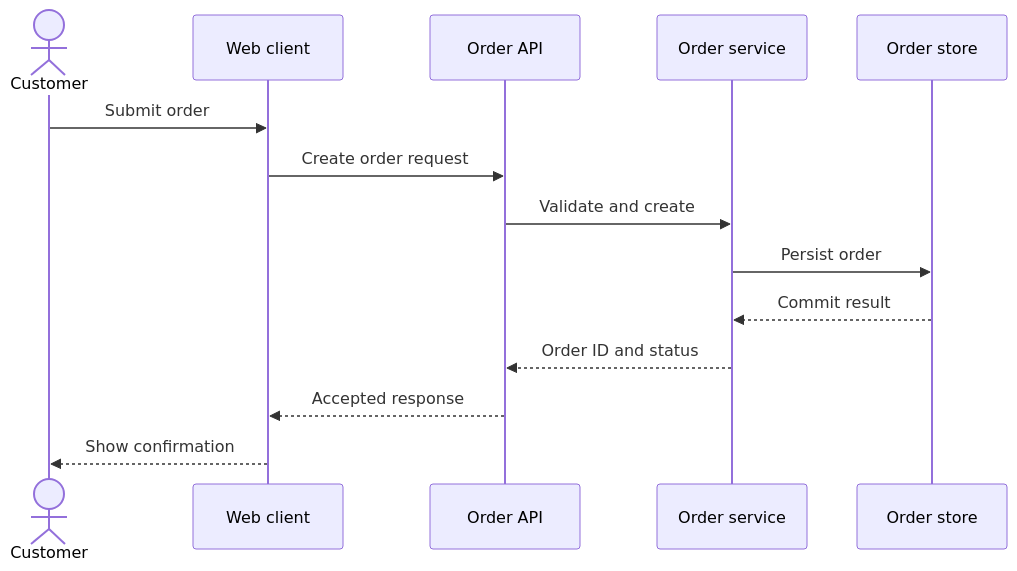
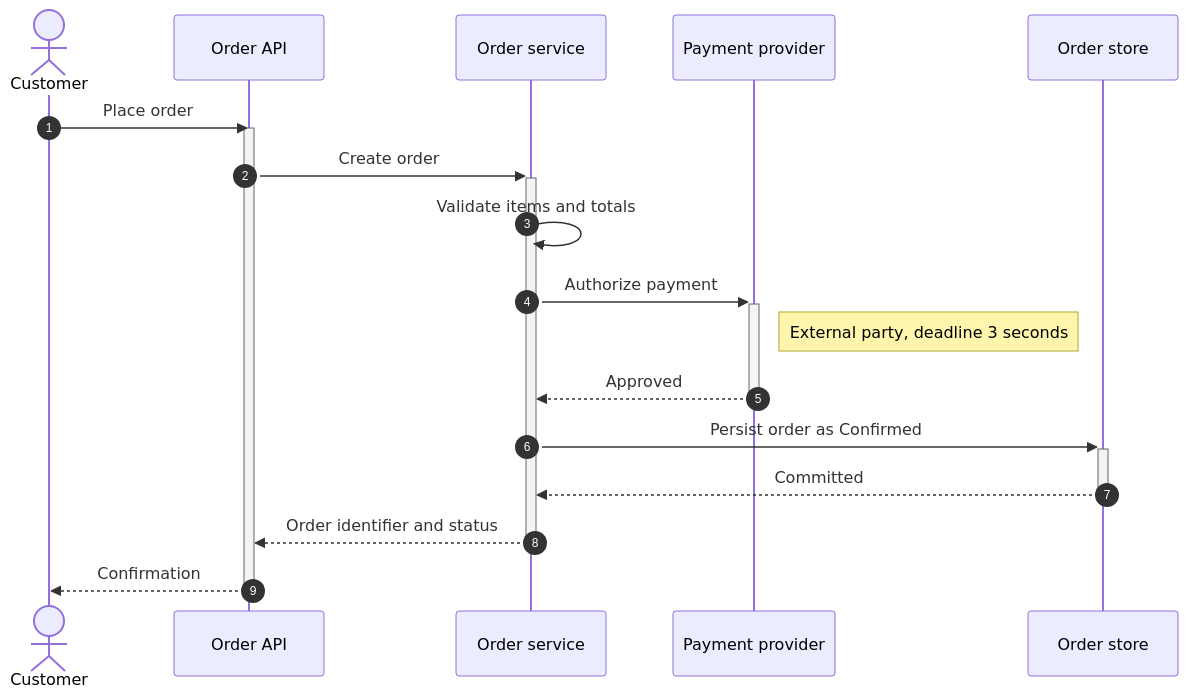
Before and after one commit to joydasss/Architect: the second of 13 diagrams in 21_Architecture_Documentation/CH05_Sequence_Diagrams.md, drawn with Mermaid. The commit also changed other lines of this file and 22 other files, not shown here.

Commit message:
Architecture changes

````diff
--- a/21_Architecture_Documentation/CH05_Sequence_Diagrams.md
+++ b/21_Architecture_Documentation/CH05_Sequence_Diagrams.md
@@ -11,16 +94,21 @@
 ```mermaid
 sequenceDiagram
+    autonumber
     actor Customer
-    participant UI as Web client
     participant API as Order API
     participant Order as Order service
+    participant Pay as Payment provider
     participant Store as Order store
-    Customer->>UI: Submit order
-    UI->>API: Create order request
-    API->>Order: Validate and create
-    Order->>Store: Persist order
-    Store-->>Order: Commit result
-    Order-->>API: Order ID and status
-    API-->>UI: Accepted response
-    UI-->>Customer: Show confirmation
+    Customer->>API: Place order
+    activate API
+    API->>+Order: Create order
+    Order->>Order: Validate items and totals
+    Order->>+Pay: Authorize payment
+    Note right of Pay: External party, deadline 3 seconds
+    Pay-->>-Order: Approved
+    Order->>+Store: Persist order as Confirmed
+    Store-->>-Order: Committed
+    Order-->>-API: Order identifier and status
+    API-->>Customer: Confirmation
+    deactivate API
 ```
````
